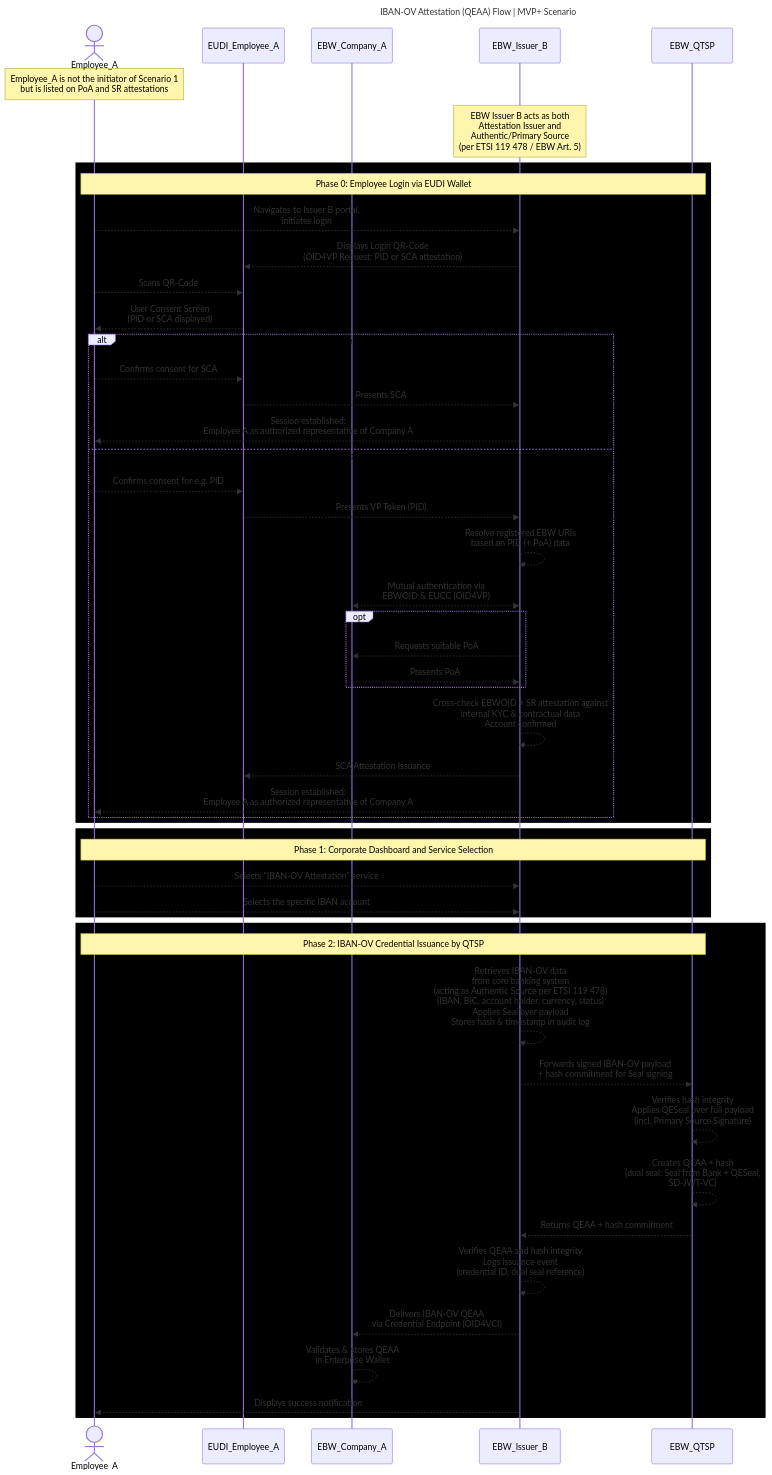
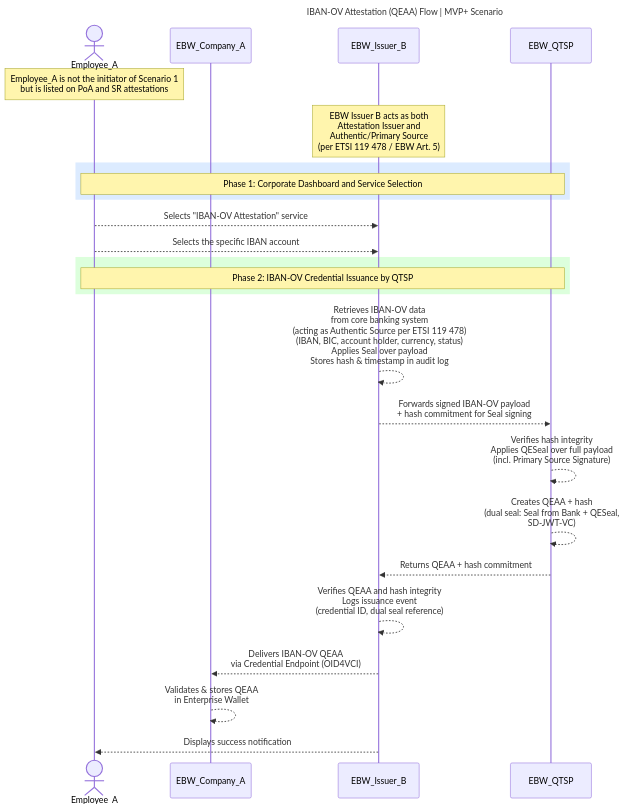
Before and after one commit to flo0x/wp3-technology-standards: diagram 13 of 13 in PA3/PA3_MVP_Plus.md, drawn with Mermaid. The commit also changed other lines of this file, not shown here.

Commit message:
PA3 - Changes in regard to iban issuing process

````diff
--- a/PA3/PA3_MVP_Plus.md
+++ b/PA3/PA3_MVP_Plus.md
@@ -354,70 +354,39 @@
 ```mermaid
 sequenceDiagram
     title IBAN-OV Attestation (QEAA) Flow | MVP+ Scenario
 
     actor Employee_A
-    participant EUDI_Employee_A
     note over Employee_A: Employee_A is not the initiator of Scenario 1<br/>but is listed on PoA and SR attestations
     participant EBW_Company_A
     participant EBW_Issuer_B
     note over EBW_Issuer_B: EBW Issuer B acts as both<br/>Attestation Issuer and<br/>Authentic/Primary Source<br/>(per ETSI 119 478 / EBW Art. 5)
     participant EBW_QTSP
-
-    rect rgb(0, 0, 0)
-        note over Employee_A, EBW_QTSP: Phase 0: Employee Login via EUDI Wallet
-
-        Employee_A -->> EBW_Issuer_B: Navigates to Issuer B portal,<br/>initiates login
-        EBW_Issuer_B -->> EUDI_Employee_A: Displays Login QR-Code<br/>(OID4VP Request: PID or SCA attestation)
-        Employee_A -->> EUDI_Employee_A: Scans QR-Code
-        EUDI_Employee_A -->> Employee_A: User Consent Screen<br/>(PID or SCA displayed)
-
-        alt SCA Token available due to prior successful onboarding
-            Employee_A -->> EUDI_Employee_A: Confirms consent for SCA
-            EUDI_Employee_A -->> EBW_Issuer_B: Presents SCA
-            EBW_Issuer_B -->> Employee_A: Session established:<br/>Employee A as authorized representative of Company A
-        else Onboarding based on PID
-            Employee_A -->> EUDI_Employee_A: Confirms consent for e.g. PID
-            EUDI_Employee_A -->> EBW_Issuer_B: Presents VP Token (PID)
-            EBW_Issuer_B -->> EBW_Issuer_B: Resolve registered EBW URIs<br/>based on PID (+ PoA) data
-            EBW_Issuer_B <<-->> EBW_Company_A: Mutual authentication via<br/>EBWOID & EUCC (OID4VP)
-
-            opt Non-legal representative in EUCC
-                EBW_Issuer_B -->> EBW_Company_A: Requests suitable PoA
-                EBW_Company_A -->> EBW_Issuer_B: Presents PoA
-            end
-
-            EBW_Issuer_B -->> EBW_Issuer_B: Cross-check EBWOID + SR attestation against<br/>internal KYC & contractual data<br/>Account confirmed
-            EBW_Issuer_B -->> EUDI_Employee_A: SCA Attestation Issuance
-            EBW_Issuer_B -->> Employee_A: Session established:<br/>Employee A as authorized representative of Company A
-        end
+    
+    rect rgb(220, 235, 255)
+        note over Employee_A, EBW_QTSP: Phase 1: Corporate Dashboard and Service Selection
     end
-
-    rect rgb(0, 0, 0)
-        note over Employee_A, EBW_QTSP: Phase 1: Corporate Dashboard and Service Selection
-
         Employee_A -->> EBW_Issuer_B: Selects "IBAN-OV Attestation" service
         Employee_A -->> EBW_Issuer_B: Selects the specific IBAN account
+    
+    rect rgb(220, 255, 220)
+        note over Employee_A, EBW_QTSP: Phase 2: IBAN-OV Credential Issuance by QTSP
     end
-
-    rect rgb(0, 0, 0)
-        note over Employee_A, EBW_QTSP: Phase 2: IBAN-OV Credential Issuance by QTSP
-
         EBW_Issuer_B -->> EBW_Issuer_B: Retrieves IBAN-OV data<br/>from core banking system<br/>(acting as Authentic Source per ETSI 119 478)<br/>(IBAN, BIC, account holder, currency, status)<br/>Applies Seal over payload<br/>Stores hash & timestamp in audit log
 
         EBW_Issuer_B -->> EBW_QTSP: Forwards signed IBAN-OV payload<br/>+ hash commitment for Seal signing
 
         EBW_QTSP -->> EBW_QTSP: Verifies hash integrity<br/>Applies QESeal over full payload<br/>(incl. Primary Source Signature)
 
         EBW_QTSP -->> EBW_QTSP: Creates QEAA + hash<br/>(dual seal: Seal from Bank + QESeal,<br/>SD-JWT-VC)
 
         EBW_QTSP -->> EBW_Issuer_B: Returns QEAA + hash commitment
 
         EBW_Issuer_B -->> EBW_Issuer_B: Verifies QEAA and hash integrity<br/>Logs issuance event<br/>(credential ID, dual seal reference)
 
         EBW_Issuer_B -->> EBW_Company_A: Delivers IBAN-OV QEAA<br/>via Credential Endpoint (OID4VCI)
 
         EBW_Company_A -->> EBW_Company_A: Validates & stores QEAA<br/>in Enterprise Wallet
 
         EBW_Issuer_B -->> Employee_A: Displays success notification
-    end
+    
 ```
````
